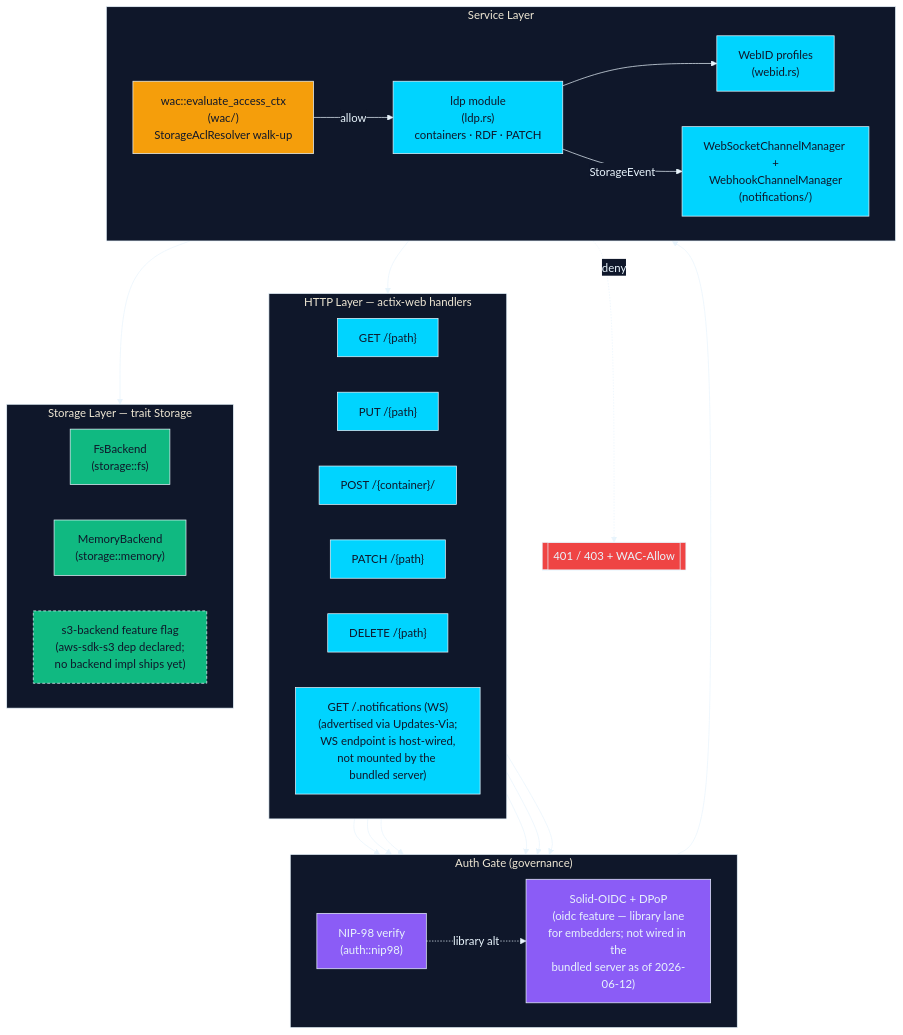
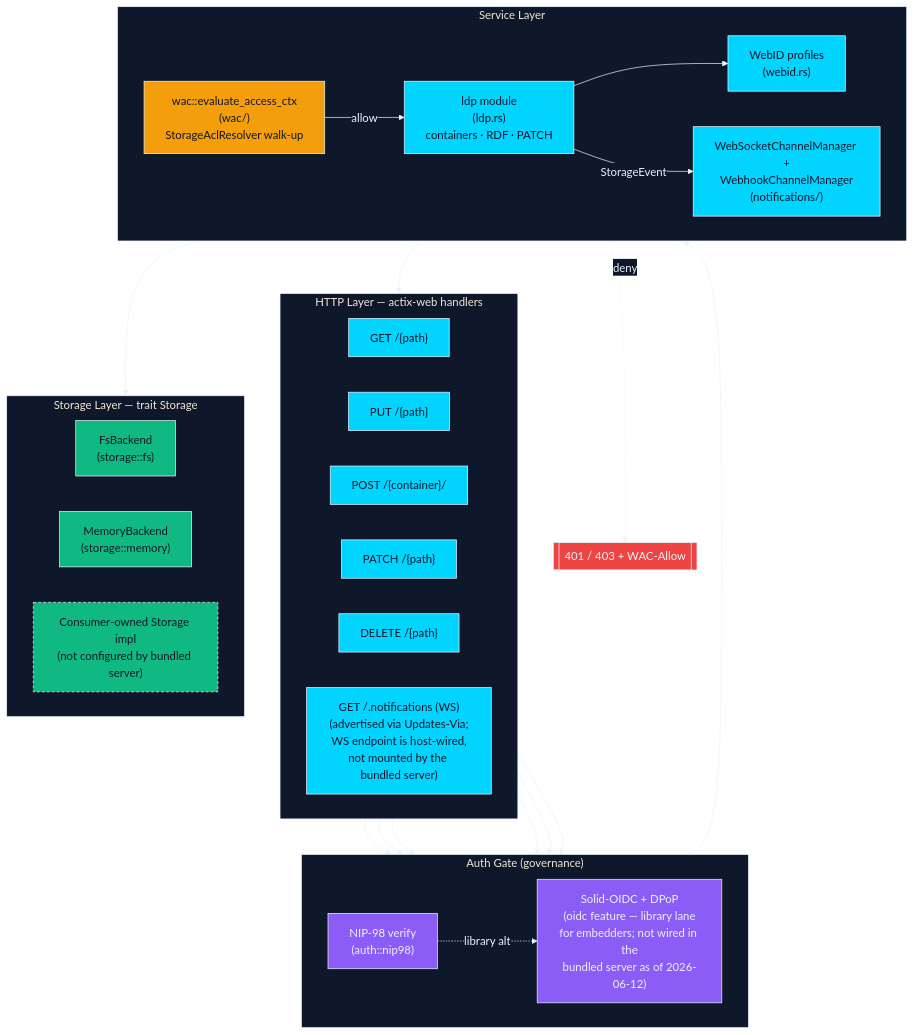
One commit to DreamLab-AI/solid-pod-rs changed the diagram in crates/solid-pod-rs/docs/diagrams/src/01-architecture-overview.mmd. Above: the diagram before and after it, drawn with Mermaid. The commit also changed 109 other files, not shown here.

```diff
--- a/crates/solid-pod-rs/docs/diagrams/src/01-architecture-overview.mmd
+++ b/crates/solid-pod-rs/docs/diagrams/src/01-architecture-overview.mmd
@@ -1,66 +1,66 @@
 %%{init: {'theme':'base','themeVariables':{
   'primaryColor':'#0f172a','primaryTextColor':'#E8F4FC','primaryBorderColor':'#E8F4FC',
   'lineColor':'#E8F4FC','secondaryColor':'#0f172a','tertiaryColor':'#0f172a',
   'background':'transparent','mainBkg':'#0f172a','clusterBkg':'#0f172a','clusterBorder':'#E8F4FC',
   'edgeLabelBackground':'#0f172a','fontFamily':'ui-sans-serif, system-ui, sans-serif'
 }}}%%
 flowchart TB
   %% ───── HTTP LAYER ─────
   subgraph HTTP["HTTP Layer — actix-web handlers"]
     direction LR
     H_GET["GET /{path}"]:::svc
     H_PUT["PUT /{path}"]:::svc
     H_POST["POST /{container}/"]:::svc
     H_PATCH["PATCH /{path}"]:::svc
     H_DEL["DELETE /{path}"]:::svc
     H_WS["GET /.notifications&nbsp;(WS)<br/>(advertised via Updates-Via;<br/>WS endpoint is host-wired,<br/>not mounted by the bundled server)"]:::svc
   end
 
   %% ───── AUTH GATE ─────
   subgraph AUTH["Auth Gate (governance)"]
     direction LR
     NIP98["NIP-98 verify<br/>(auth::nip98)"]:::gov
     OIDC["Solid-OIDC + DPoP<br/>(oidc feature — library lane<br/>for embedders; not wired in the<br/>bundled server as of 2026-06-12)"]:::gov
   end
 
   %% ───── SERVICE LAYER ─────
   subgraph SVC["Service Layer"]
     direction LR
     LDP["ldp module<br/>(ldp.rs)<br/>containers · RDF · PATCH"]:::svc
     WAC["wac::evaluate_access_ctx<br/>(wac/)<br/>StorageAclResolver walk-up"]:::gate
     NOTIF["WebSocketChannelManager +<br/>WebhookChannelManager<br/>(notifications/)"]:::svc
     WEBID["WebID profiles<br/>(webid.rs)"]:::svc
   end
 
   %% ───── STORAGE LAYER ─────
   subgraph STORE["Storage Layer — trait Storage"]
     direction LR
     FS["FsBackend<br/>(storage::fs)"]:::store
     MEM["MemoryBackend<br/>(storage::memory)"]:::store
-    S3["s3-backend feature flag<br/>(aws-sdk-s3 dep declared;<br/>no backend impl ships yet)"]:::storeOpt
+    Custom["Consumer-owned Storage impl<br/>(not configured by bundled server)"]:::storeOpt
   end
 
   %% ───── FLOW ─────
   H_GET --> NIP98
   H_PUT --> NIP98
   H_POST --> NIP98
   H_PATCH --> NIP98
   H_DEL --> NIP98
   H_WS --> NIP98
   NIP98 -.library alt.-> OIDC
 
   AUTH --> WAC
   WAC -->|allow| LDP
   WAC -.deny.-> DENY[["401 / 403 + WAC-Allow"]]:::deny
 
   LDP --> WEBID
   LDP --> STORE
   LDP -->|StorageEvent| NOTIF
   NOTIF --> H_WS
 
   classDef gov fill:#8B5CF6,stroke:#E8F4FC,stroke-width:1px,color:#E8F4FC
   classDef gate fill:#F59E0B,stroke:#E8F4FC,stroke-width:1px,color:#0f172a
   classDef svc fill:#00D4FF,stroke:#E8F4FC,stroke-width:1px,color:#0f172a
   classDef store fill:#10B981,stroke:#E8F4FC,stroke-width:1px,color:#0f172a
   classDef storeOpt fill:#10B981,stroke:#E8F4FC,stroke-width:1px,color:#0f172a,stroke-dasharray: 4 3
   classDef deny fill:#EF4444,stroke:#E8F4FC,stroke-width:1px,color:#E8F4FC
```
